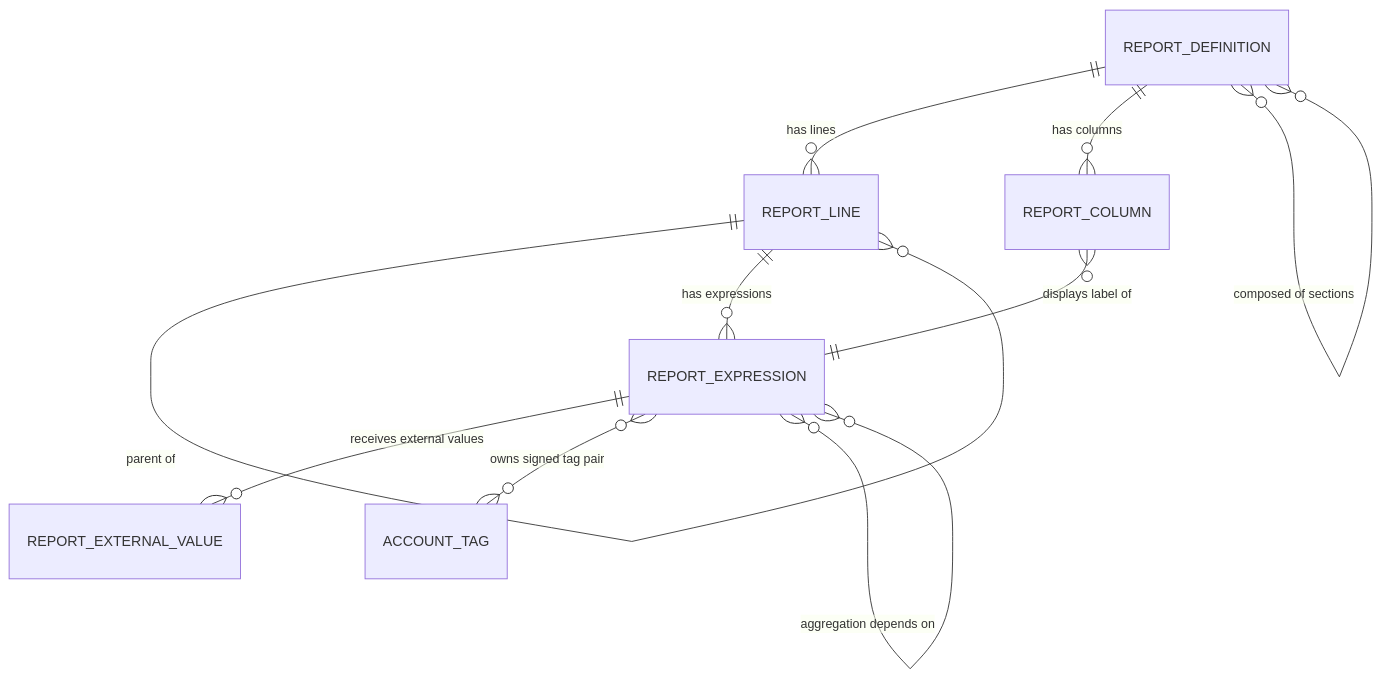
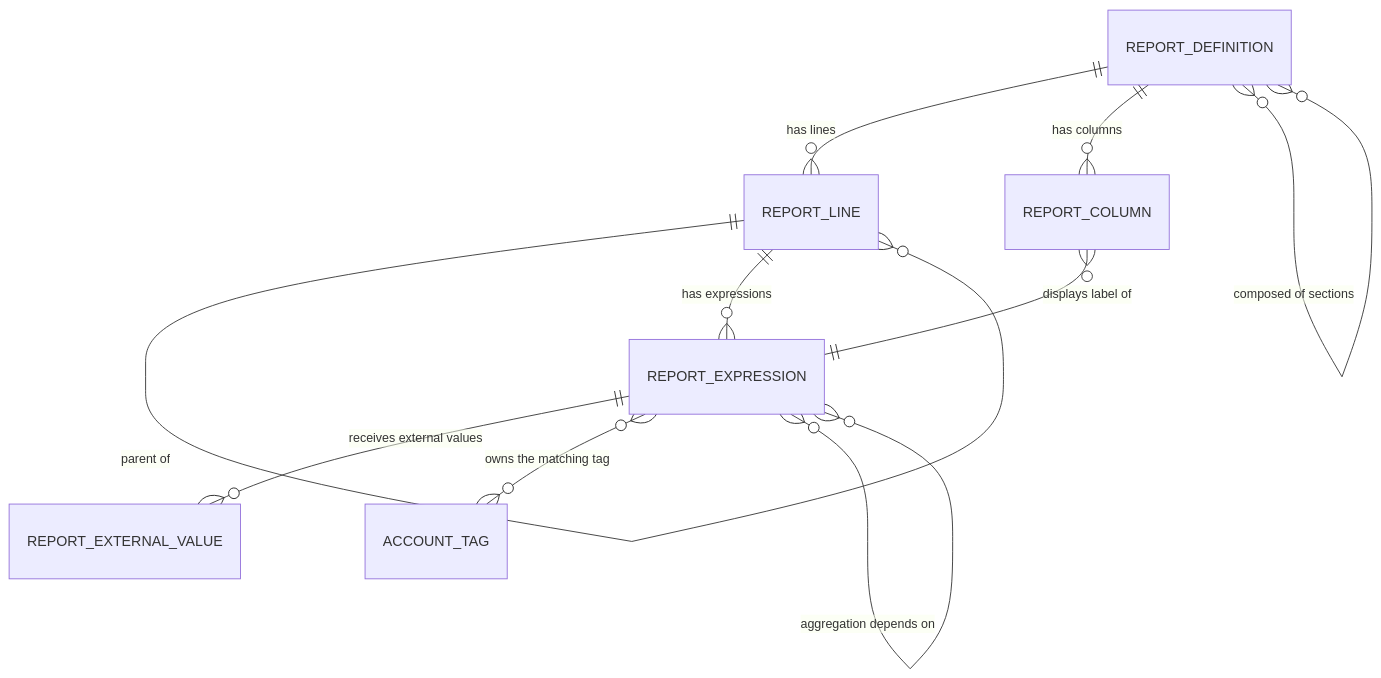
One commit to vast-development-method/odoo-doc changed the diagram in docs/domains/financial-reporting/entities.md. Above: the diagram before and after it, drawn with Mermaid. The commit also changed other lines of this file and 69 other files, not shown here.

````diff
--- a/docs/domains/financial-reporting/entities.md
+++ b/docs/domains/financial-reporting/entities.md
@@ -829,13 +863,13 @@
 ```mermaid
 erDiagram
     REPORT_DEFINITION ||--o{ REPORT_LINE : "has lines"
     REPORT_DEFINITION ||--o{ REPORT_COLUMN : "has columns"
     REPORT_DEFINITION ||--o{ REPORT_DEFINITION : "root of variants"
     REPORT_DEFINITION }o--o{ REPORT_DEFINITION : "composed of sections"
     REPORT_LINE ||--o{ REPORT_LINE : "parent of"
     REPORT_LINE ||--o{ REPORT_EXPRESSION : "has expressions"
     REPORT_EXPRESSION ||--o{ REPORT_EXTERNAL_VALUE : "receives external values"
-    REPORT_EXPRESSION }o--o{ ACCOUNT_TAG : "owns signed tag pair"
+    REPORT_EXPRESSION }o--o{ ACCOUNT_TAG : "owns the matching tag"
     REPORT_EXPRESSION }o--o{ REPORT_EXPRESSION : "aggregation depends on"
     REPORT_COLUMN }o--|| REPORT_EXPRESSION : "displays label of"
 ```
````
